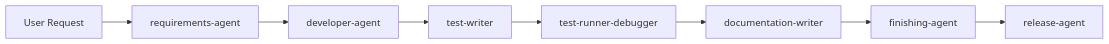
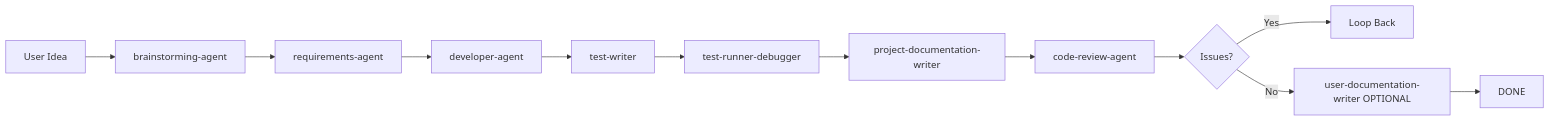
Before and after one commit to fr-mccarty/outwardsign: the diagram in docs/AGENT_WORKFLOWS.md, drawn with Mermaid. The commit also changed other lines of this file and 60 other files, not shown here.

Commit message:
Refactor agent documentation. Refactor agent workflow. Refactor server-side fetching. Move status filter on index.

````diff
--- a/docs/AGENT_WORKFLOWS.md
+++ b/docs/AGENT_WORKFLOWS.md
@@ -130,10 +130,14 @@
 ```mermaid
 graph LR
-    A[User Request] --> B[requirements-agent]
-    B --> C[developer-agent]
-    C --> D[test-writer]
-    D --> E[test-runner-debugger]
-    E --> F[documentation-writer]
-    F --> G[finishing-agent]
-    G --> H[release-agent]
+    A[User Idea] --> B[brainstorming-agent]
+    B --> C[requirements-agent]
+    C --> D[developer-agent]
+    D --> E[test-writer]
+    E --> F[test-runner-debugger]
+    F --> G[project-documentation-writer]
+    G --> H[code-review-agent]
+    H --> I{Issues?}
+    I -->|Yes| J[Loop Back]
+    I -->|No| K[user-documentation-writer OPTIONAL]
+    K --> L[DONE]
 ```
````
